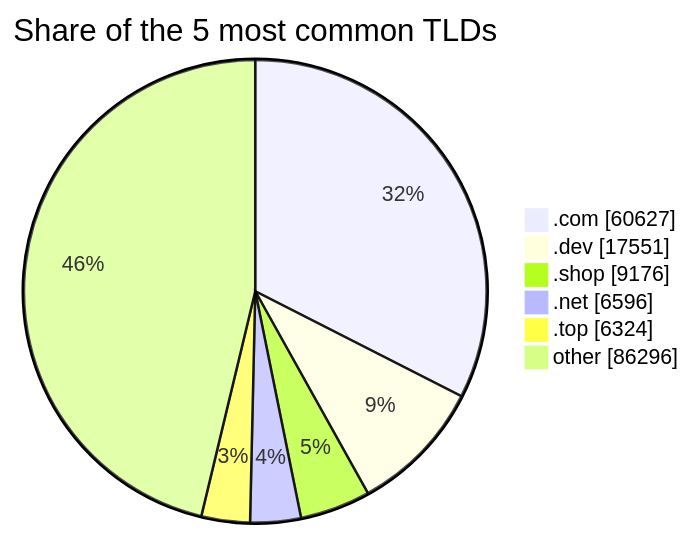
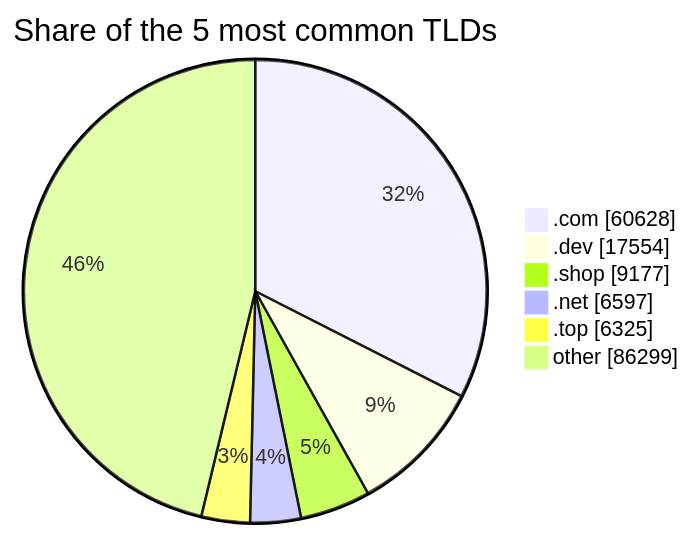
The third of 3 diagrams in README.md (DNSBunker/CTI), drawn with Mermaid before and after one commit. The commit also changed other lines of this file and 3 other files, not shown here.

````diff
--- a/README.md
+++ b/README.md
@@ -81,9 +81,9 @@
 ```mermaid
 pie showData title Share of the 5 most common TLDs
-    ".com" : 60627
-    ".dev" : 17551
-    ".shop" : 9176
-    ".net" : 6596
-    ".top" : 6324
-    "other" : 86296
+    ".com" : 60628
+    ".dev" : 17554
+    ".shop" : 9177
+    ".net" : 6597
+    ".top" : 6325
+    "other" : 86299
 ```
````
